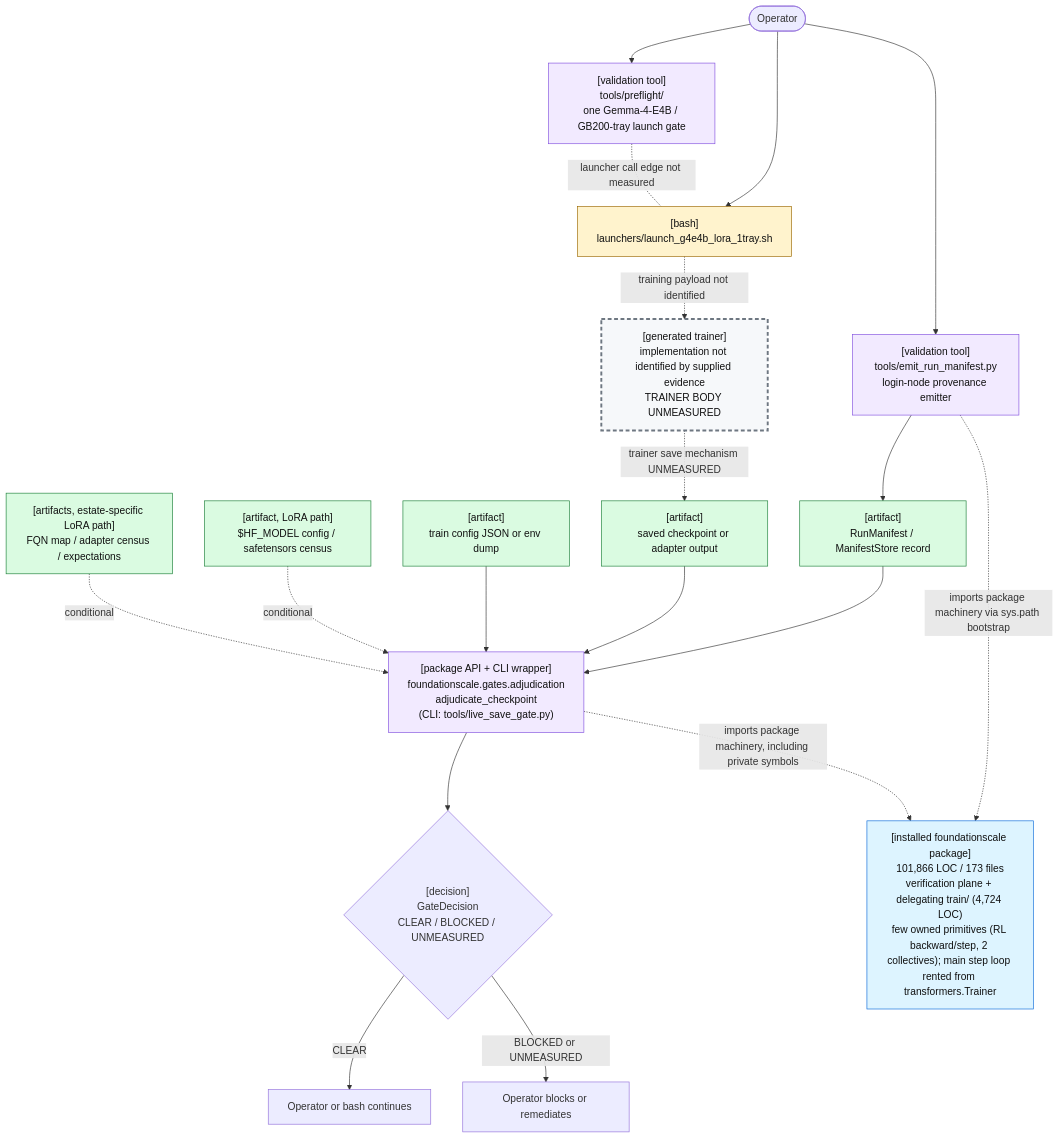
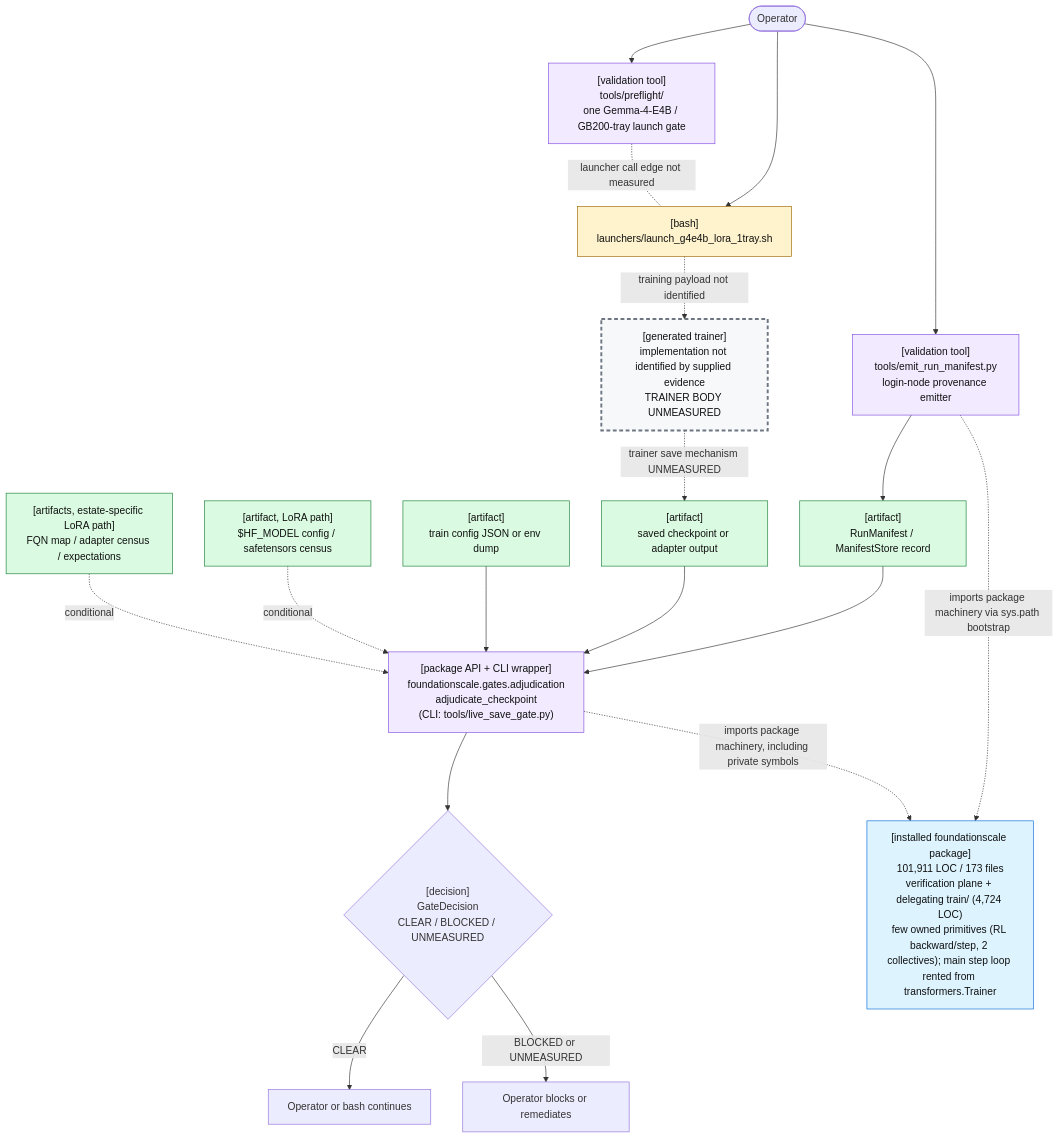
One commit to TranNhiem/FoundationScale changed the first of 2 diagrams in docs/review/D2_current_architecture.md. Above: the diagram before and after it, drawn with Mermaid. The commit also changed other lines of this file and 10 other files, not shown here.

````diff
--- a/docs/review/D2_current_architecture.md
+++ b/docs/review/D2_current_architecture.md
@@ -25,59 +25,59 @@
 ```mermaid
 flowchart TB
   O(["Operator"])
 
   PF["[validation tool]<br/>tools/preflight/<br/>one Gemma-4-E4B / GB200-tray launch gate"]
   L["[bash]<br/>launchers/launch_g4e4b_lora_1tray.sh"]
 
   E["[validation tool]<br/>tools/emit_run_manifest.py<br/>login-node provenance emitter"]
   M["[artifact]<br/>RunManifest / ManifestStore record"]
 
   T["[generated trainer]<br/>implementation not identified by supplied evidence<br/>TRAINER BODY UNMEASURED"]
   C["[artifact]<br/>saved checkpoint or adapter output"]
 
   G["[package API + CLI wrapper]<br/>foundationscale.gates.adjudication<br/>adjudicate_checkpoint<br/>(CLI: tools/live_save_gate.py)"]
   CFG["[artifact]<br/>train config JSON or env dump"]
   BASE["[artifact, LoRA path]<br/>$HF_MODEL config / safetensors census"]
   CEN["[artifacts, estate-specific LoRA path]<br/>FQN map / adapter census / expectations"]
 
   D{"[decision]<br/>GateDecision<br/>CLEAR / BLOCKED / UNMEASURED"}
   OK["Operator or bash continues"]
   NO["Operator blocks or remediates"]
 
-  PKG["[installed foundationscale package]<br/>101,866 LOC / 173 files<br/>verification plane + delegating train/ (4,724 LOC)<br/>few owned primitives (RL backward/step, 2 collectives); main step loop rented from transformers.Trainer"]
+  PKG["[installed foundationscale package]<br/>101,911 LOC / 173 files<br/>verification plane + delegating train/ (4,724 LOC)<br/>few owned primitives (RL backward/step, 2 collectives); main step loop rented from transformers.Trainer"]
 
   O --> PF
   O --> L
   PF -. "launcher call edge not measured" .- L
 
   O --> E
   E --> M
 
   L -. "training payload not identified" .-> T
   T -. "trainer save mechanism UNMEASURED" .-> C
 
   M --> G
   C --> G
   CFG --> G
   BASE -. "conditional" .-> G
   CEN -. "conditional" .-> G
 
   E -. "imports package machinery via sys.path bootstrap" .-> PKG
   G -. "imports package machinery, including private symbols" .-> PKG
 
   G --> D
   D -->|"CLEAR"| OK
   D -->|"BLOCKED or UNMEASURED"| NO
 
   classDef bash fill:#fff3cd,stroke:#9a6700,color:#111;
   classDef tool fill:#f2eaff,stroke:#8250df,color:#111;
   classDef artifact fill:#dafbe1,stroke:#1a7f37,color:#111;
   classDef gap fill:#f6f8fa,stroke:#6e7781,stroke-width:3px,stroke-dasharray: 6 4,color:#111;
   classDef pkg fill:#ddf4ff,stroke:#0969da,color:#111;
 
   class L bash;
   class PF,E,G tool;
   class M,C,CFG,BASE,CEN artifact;
   class T gap;
   class PKG pkg;
 ```
````
